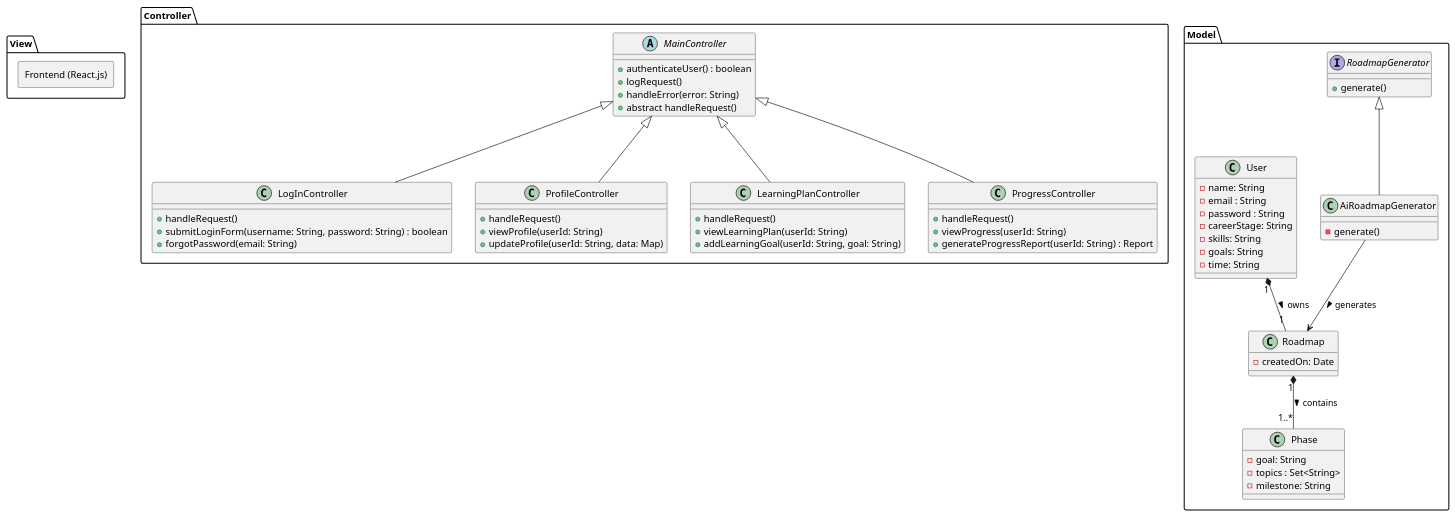
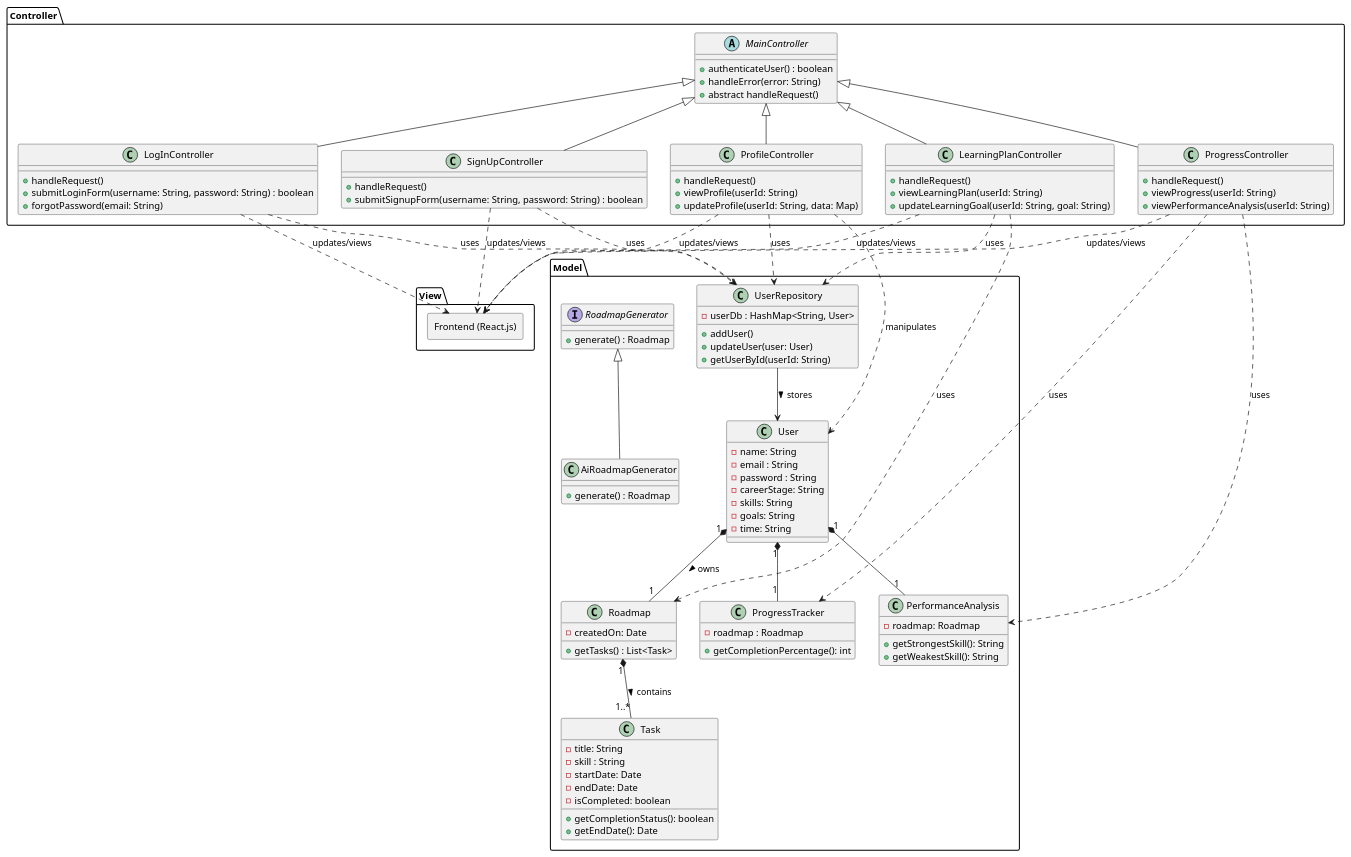
The diagram in docs/assets/umldiagram.puml (gabriellegtw/ttpproject), drawn with PlantUML before and after one commit. The commit also changed 2 other files, not shown here.

```diff
--- a/docs/assets/umldiagram.puml
+++ b/docs/assets/umldiagram.puml
@@ -1,95 +1,141 @@
 @startuml
-'https://plantuml.com/class-diagram
+
 allowmixing
 
 package "View" {
     rectangle "Frontend (React.js)" as Frontend
 }
 
 package "Controller" {
     abstract class MainController
     class LogInController
     class ProfileController
     class LearningPlanController
     class ProgressController
 
     MainController <|-- LogInController
+    MainController <|-- SignUpController
     MainController <|-- ProfileController
     MainController <|-- LearningPlanController
     MainController <|-- ProgressController
 
     abstract class MainController {
         + authenticateUser() : boolean
-        + logRequest()
         + handleError(error: String)
         + abstract handleRequest()
     }
 
     class LogInController {
         + handleRequest()
         + submitLoginForm(username: String, password: String) : boolean
         + forgotPassword(email: String)
+    }
+
+    class SignUpController {
+        + handleRequest()
+        + submitSignupForm(username: String, password: String) : boolean
     }
 
     class ProfileController {
         + handleRequest()
         + viewProfile(userId: String)
         + updateProfile(userId: String, data: Map)
     }
 
     class LearningPlanController {
         + handleRequest()
         + viewLearningPlan(userId: String)
-        + addLearningGoal(userId: String, goal: String)
+        + updateLearningGoal(userId: String, goal: String)
     }
 
     class ProgressController {
         + handleRequest()
         + viewProgress(userId: String)
-        + generateProgressReport(userId: String) : Report
+        + viewPerformanceAnalysis(userId: String)
     }
+
 }
 
 package "Model" {
     interface RoadmapGenerator
     class AiRoadmapGenerator
 
     RoadmapGenerator <|-- AiRoadmapGenerator
     User "1" *-- "1" Roadmap : owns >
-    Roadmap "1" *-- "1..*" Phase : contains >
+    User "1" *-- "1" ProgressTracker
+    User "1" *-- "1" PerformanceAnalysis
+    Roadmap "1" *-- "1..*" Task : contains >
     ' Should not be that the interface generates the roadmap as the logic is not within the interface
-    AiRoadmapGenerator --> Roadmap : generates >
+    UserRepository --> User : stores >
 
     class User {
     - name: String
     - email : String
     - password : String
     - careerStage: String
     - skills: String
     - goals: String
     - time: String
     }
 
     class Roadmap {
     - createdOn: Date
+    + getTasks() : List<Task>
     }
 
-    class Phase {
-    - goal: String
-    - topics : Set<String>
-    - milestone: String
+    class Task {
+    - title: String
+    - skill : String
+    - startDate: Date
+    - endDate: Date
+    - isCompleted: boolean
+    + getCompletionStatus(): boolean
+    + getEndDate(): Date
+    }
+
+    class ProgressTracker {
+    - roadmap : Roadmap
+    + getCompletionPercentage(): int
+    }
+
+    class PerformanceAnalysis {
+    - roadmap: Roadmap
+    + getStrongestSkill(): String
+    + getWeakestSkill(): String
     }
 
     interface RoadmapGenerator {
-    + generate()
+    + generate() : Roadmap
     }
 
     class AiRoadmapGenerator {
-    - generate()
+    + generate() : Roadmap
+    }
+
+    class UserRepository {
+        - userDb : HashMap<String, User>
+        + addUser()
+        + updateUser(user: User)
+        + getUserById(userId: String)
     }
 }
 
+ProfileController ..> UserRepository : uses
+ProfileController ..> User : manipulates
 
+LearningPlanController ..> Roadmap : uses
+LearningPlanController ..> UserRepository : uses
 
+ProgressController ..> ProgressTracker : uses
+ProgressController ..> PerformanceAnalysis : uses
+
+LogInController ..> UserRepository : uses
+SignUpController ..> UserRepository : uses
+
+ProfileController ..> Frontend : updates/views
+LearningPlanController ..> Frontend : updates/views
+ProgressController ..> Frontend : updates/views
+LogInController ..> Frontend : updates/views
+SignUpController ..> Frontend : updates/views
 
 @enduml
```
